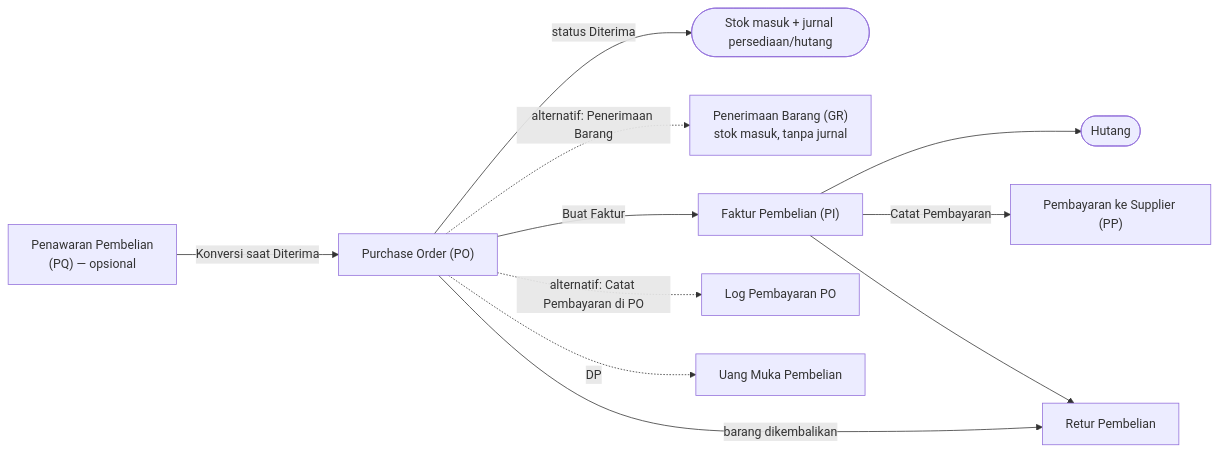
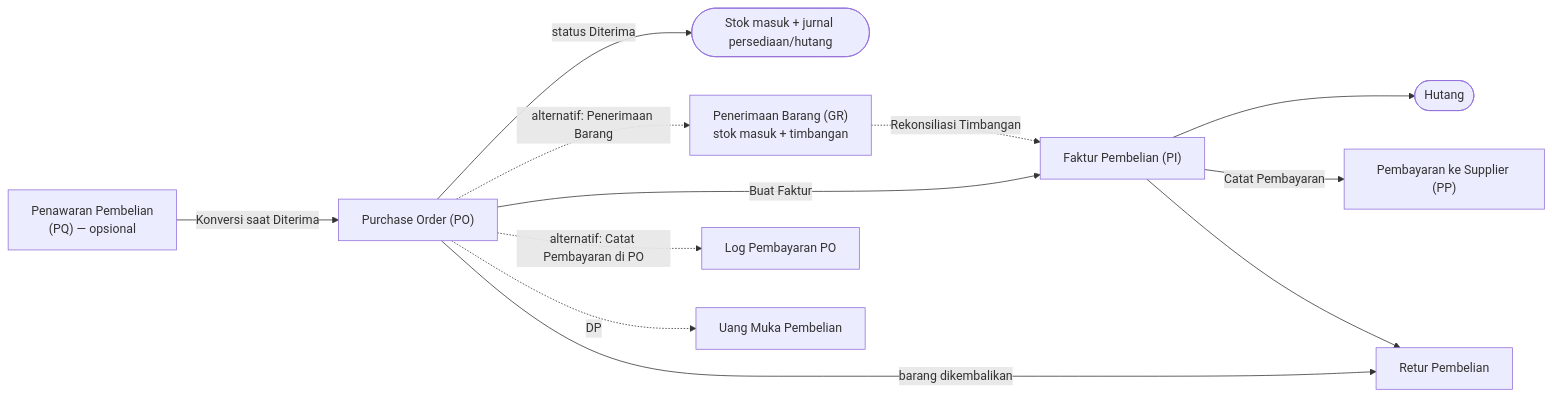
Before and after one commit to frederick-allensius/Nusantara-ERP: the second of 3 diagrams in docs/03-ALUR-TRANSAKSI.md, drawn with Mermaid. The commit also changed other lines of this file and 13 other files, not shown here.

````diff
--- a/docs/03-ALUR-TRANSAKSI.md
+++ b/docs/03-ALUR-TRANSAKSI.md
@@ -46,13 +46,14 @@
 ```mermaid
 flowchart LR
   PQ["Penawaran Pembelian<br/>(PQ) — opsional"] -->|Konversi saat Diterima| PO["Purchase Order (PO)"]
   PO -->|status Diterima| IN(["Stok masuk + jurnal persediaan/hutang"])
-  PO -.->|alternatif: Penerimaan Barang| GR["Penerimaan Barang (GR)<br/>stok masuk, tanpa jurnal"]
+  PO -.->|alternatif: Penerimaan Barang| GR["Penerimaan Barang (GR)<br/>stok masuk + timbangan"]
+  GR -.->|Rekonsiliasi Timbangan| PI
   PO -->|Buat Faktur| PI["Faktur Pembelian (PI)"]
   PI --> AP(["Hutang"])
   PI -->|Catat Pembayaran| PP["Pembayaran ke Supplier (PP)"]
   PO -.->|alternatif: Catat Pembayaran di PO| PLP["Log Pembayaran PO"]
   PO -.->|DP| PDP["Uang Muka Pembelian"]
   PO -->|barang dikembalikan| PRN["Retur Pembelian"]
   PI --> PRN
 ```
````
